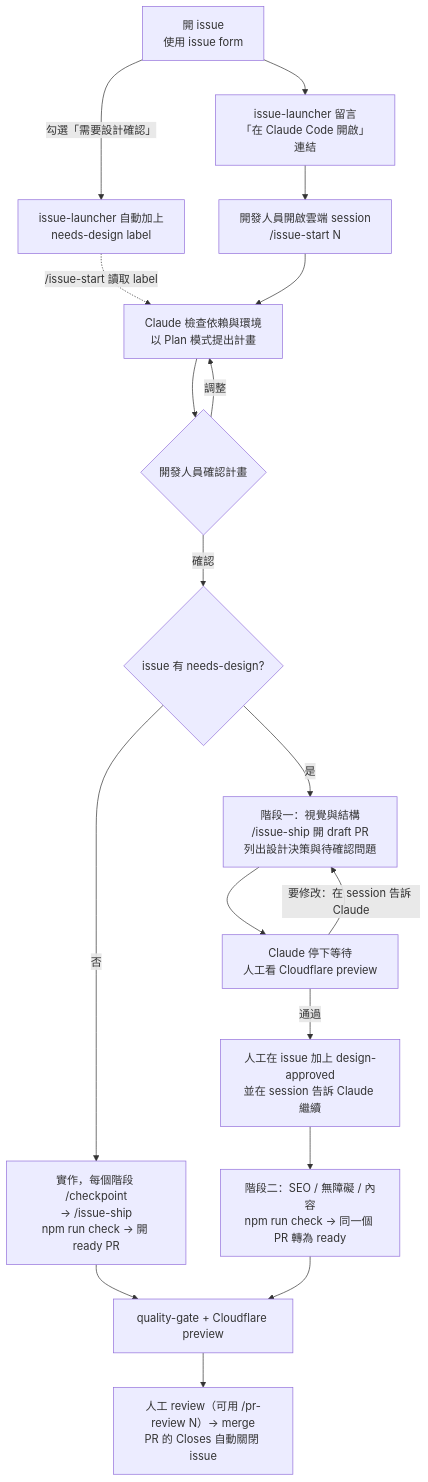
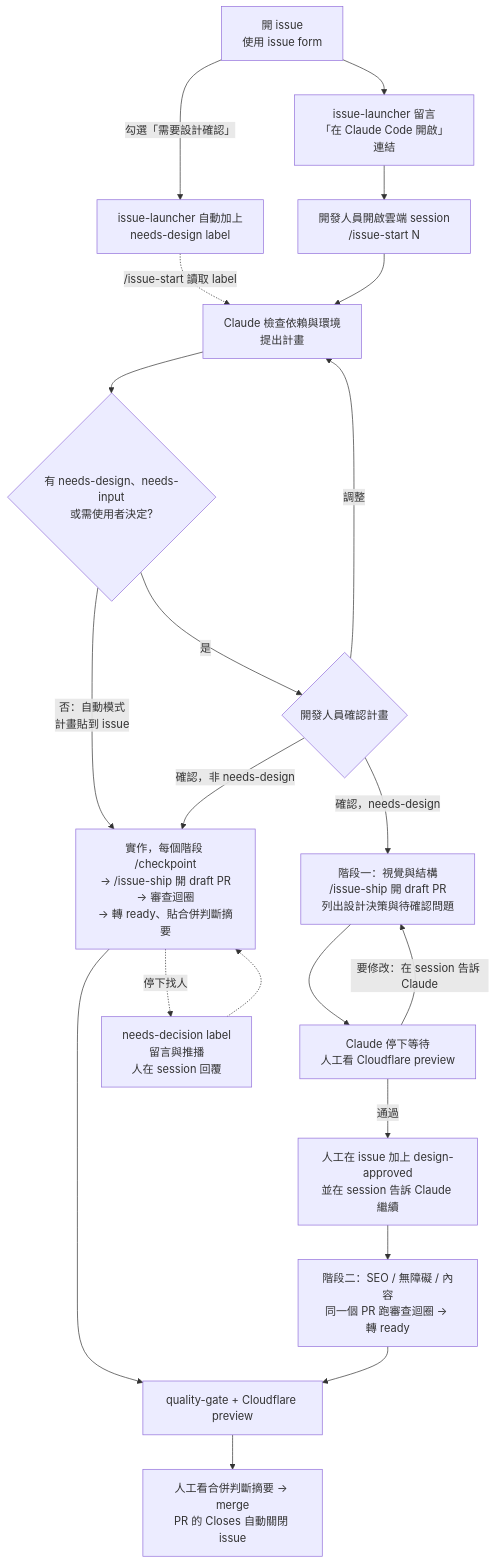
Before and after one commit to TPI-WenpinLiao/tpi-website-ai-poc: the diagram in README.md, drawn with Mermaid. The commit also changed other lines of this file and 9 other files, not shown here.

````diff
--- a/README.md
+++ b/README.md
@@ -14,20 +14,24 @@
 ```mermaid
 flowchart TD
   A[開 issue<br/>使用 issue form] --> B[issue-launcher 留言<br/>「在 Claude Code 開啟」連結]
   A -->|勾選「需要設計確認」| L[issue-launcher 自動加上<br/>needs-design label]
   B --> C[開發人員開啟雲端 session<br/>/issue-start N]
   L -.->|/issue-start 讀取 label| D
-  C --> D[Claude 檢查依賴與環境<br/>以 Plan 模式提出計畫]
-  D --> E{開發人員確認計畫}
+  C --> D[Claude 檢查依賴與環境<br/>提出計畫]
+  D --> F{有 needs-design、needs-input<br/>或需使用者決定?}
+  F -->|否：自動模式<br/>計畫貼到 issue| G[實作，每個階段 /checkpoint<br/>→ /issue-ship 開 draft PR<br/>→ 審查迴圈<br/>→ 轉 ready、貼合併判斷摘要]
+  F -->|是| E{開發人員確認計畫}
   E -->|調整| D
-  E -->|確認| F{issue 有 needs-design?}
-  F -->|否| G[實作，每個階段 /checkpoint<br/>→ /issue-ship<br/>npm run check → 開 ready PR]
-  F -->|是| H[階段一：視覺與結構<br/>/issue-ship 開 draft PR<br/>列出設計決策與待確認問題]
+  E -->|確認，非 needs-design| G
+  E -->|確認，needs-design| H
+  H[階段一：視覺與結構<br/>/issue-ship 開 draft PR<br/>列出設計決策與待確認問題]
   H --> P[Claude 停下等待<br/>人工看 Cloudflare preview]
   P -->|要修改：在 session 告訴 Claude| H
   P -->|通過| Q[人工在 issue 加上 design-approved<br/>並在 session 告訴 Claude 繼續]
-  Q --> J[階段二：SEO / 無障礙 / 內容<br/>npm run check → 同一個 PR 轉為 ready]
+  Q --> J[階段二：SEO / 無障礙 / 內容<br/>同一個 PR 跑審查迴圈 → 轉 ready]
   G --> K[quality-gate + Cloudflare preview]
   J --> K
-  K --> M[人工 review（可用 /pr-review N）→ merge<br/>PR 的 Closes 自動關閉 issue]
+  G -.->|停下找人| N[needs-decision label<br/>留言與推播<br/>人在 session 回覆]
+  N -.-> G
+  K --> M[人工看合併判斷摘要 → merge<br/>PR 的 Closes 自動關閉 issue]
 ```
````
